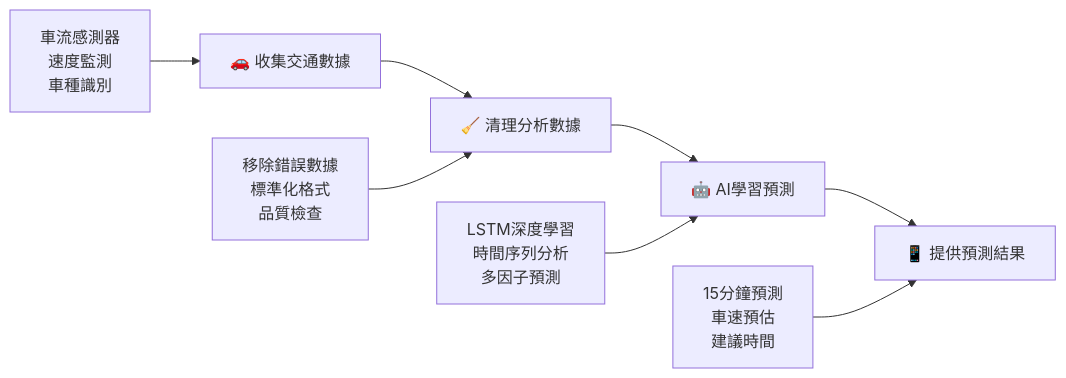
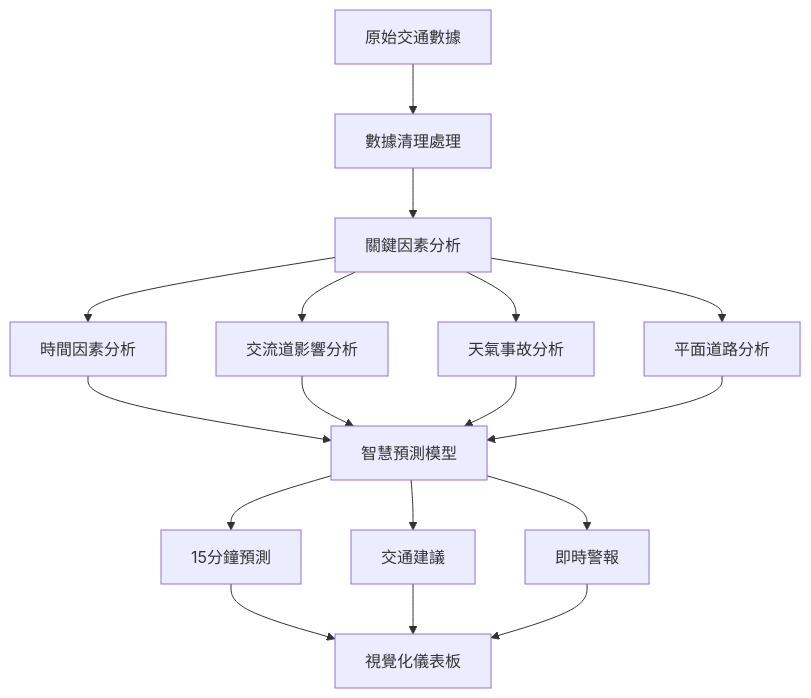
One commit to qrere-Ya/traffic_project_roadmap changed the diagram in README.md. Above: the diagram before and after it, drawn with Mermaid. The commit also changed other lines of this file, not shown here.

````diff
--- a/README.md
+++ b/README.md
@@ -56,11 +93,23 @@
 ```mermaid
-graph LR
-    A[🚗 收集交通數據] --> B[🧹 清理分析數據]
-    B --> C[🤖 AI學習預測]
-    C --> D[📱 提供預測結果]
+graph TD
+    A[原始交通數據] --> B[數據清理處理]
+    B --> C[關鍵因素分析]
     
-    A1[車流感測器<br/>速度監測<br/>車種識別] --> A
-    B1[移除錯誤數據<br/>標準化格式<br/>品質檢查] --> B
-    C1[LSTM深度學習<br/>時間序列分析<br/>多因子預測] --> C
-    D1[15分鐘預測<br/>車速預估<br/>建議時間] --> D
+    C --> D1[時間因素分析]
+    C --> D2[交流道影響分析] 
+    C --> D3[天氣事故分析]
+    C --> D4[平面道路分析]
+    
+    D1 --> E[智慧預測模型]
+    D2 --> E
+    D3 --> E  
+    D4 --> E
+    
+    E --> F1[15分鐘預測]
+    E --> F2[交通建議]
+    E --> F3[即時警報]
+    
+    F1 --> G[視覺化儀表板]
+    F2 --> G
+    F3 --> G
 ```
````
